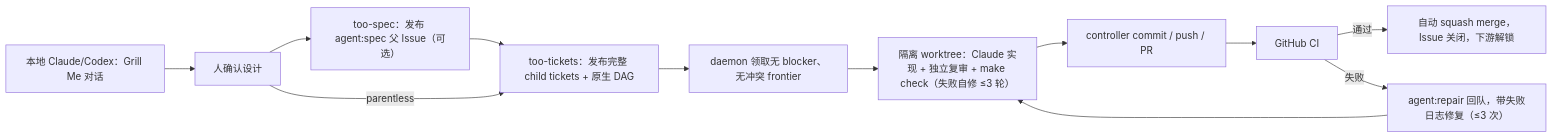
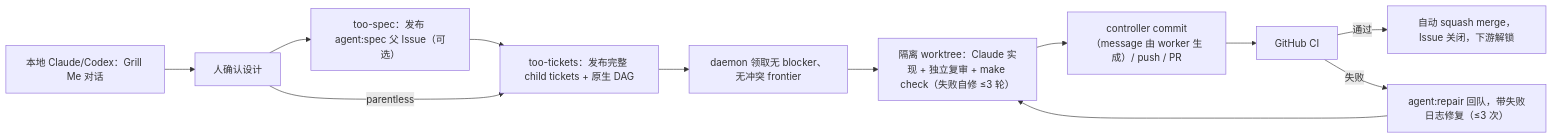
One commit to LkxPro/insuredesk changed the diagram in docs/agents/agent-loop.md. Above: the diagram before and after it, drawn with Mermaid. The commit also changed other lines of this file and 3 other files, not shown here.

First line of the commit message:
feat(agent-loop): commit message 由 worker 收尾生成,controller -F 提交

````diff
--- a/docs/agents/agent-loop.md
+++ b/docs/agents/agent-loop.md
@@ -22,14 +22,14 @@
 ```mermaid
 flowchart LR
   G["本地 Claude/Codex：Grill Me 对话"] --> C["人确认设计"]
   C --> S["too-spec：发布 agent:spec 父 Issue（可选）"]
   S --> T["too-tickets：发布完整 child tickets + 原生 DAG"]
   C -->|parentless| T
   T --> F["daemon 领取无 blocker、无冲突 frontier"]
   F --> W["隔离 worktree：Claude 实现 + 独立复审 + make check（失败自修 ≤3 轮）"]
-  W --> P["controller commit / push / PR"]
+  W --> P["controller commit（message 由 worker 生成）/ push / PR"]
   P --> CI["GitHub CI"]
   CI -->|通过| M["自动 squash merge，Issue 关闭，下游解锁"]
   CI -->|失败| R["agent:repair 回队，带失败日志修复（≤3 次）"]
   R --> W
 ```
````
